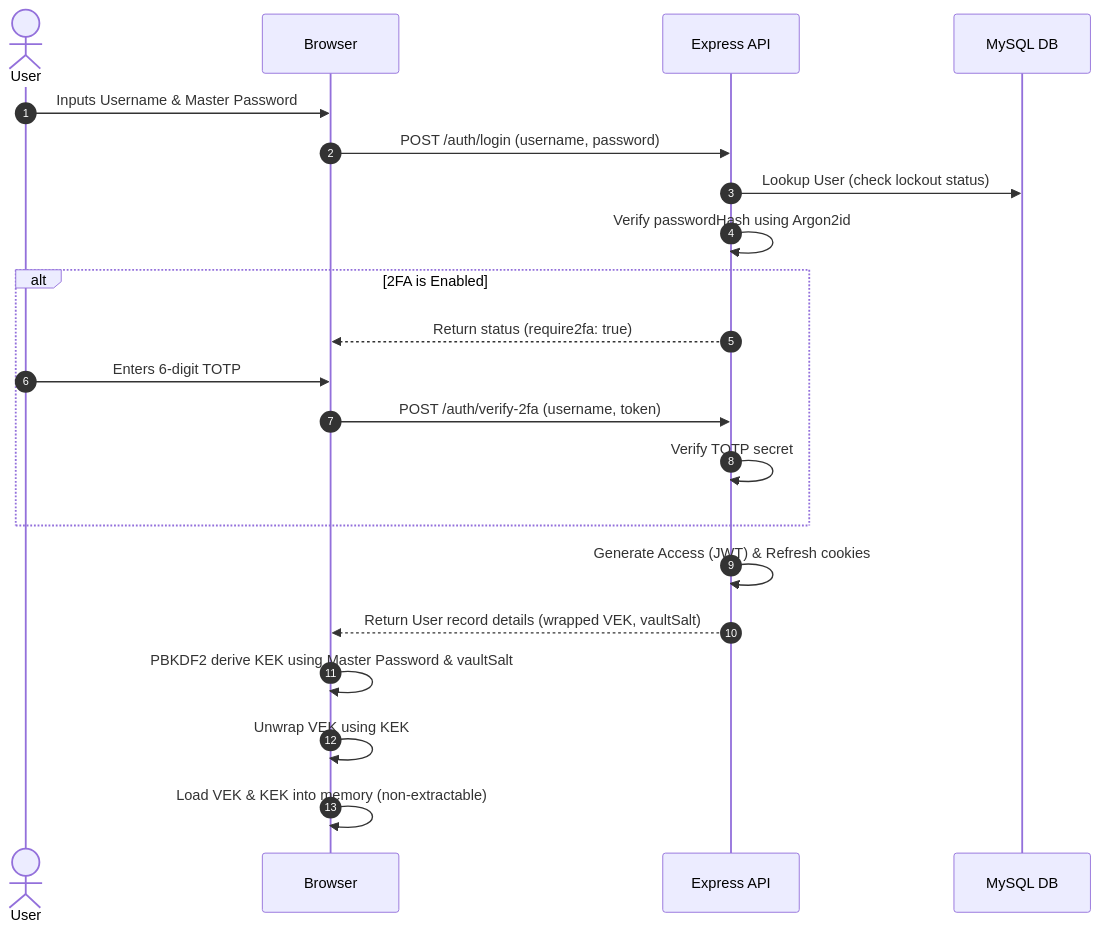
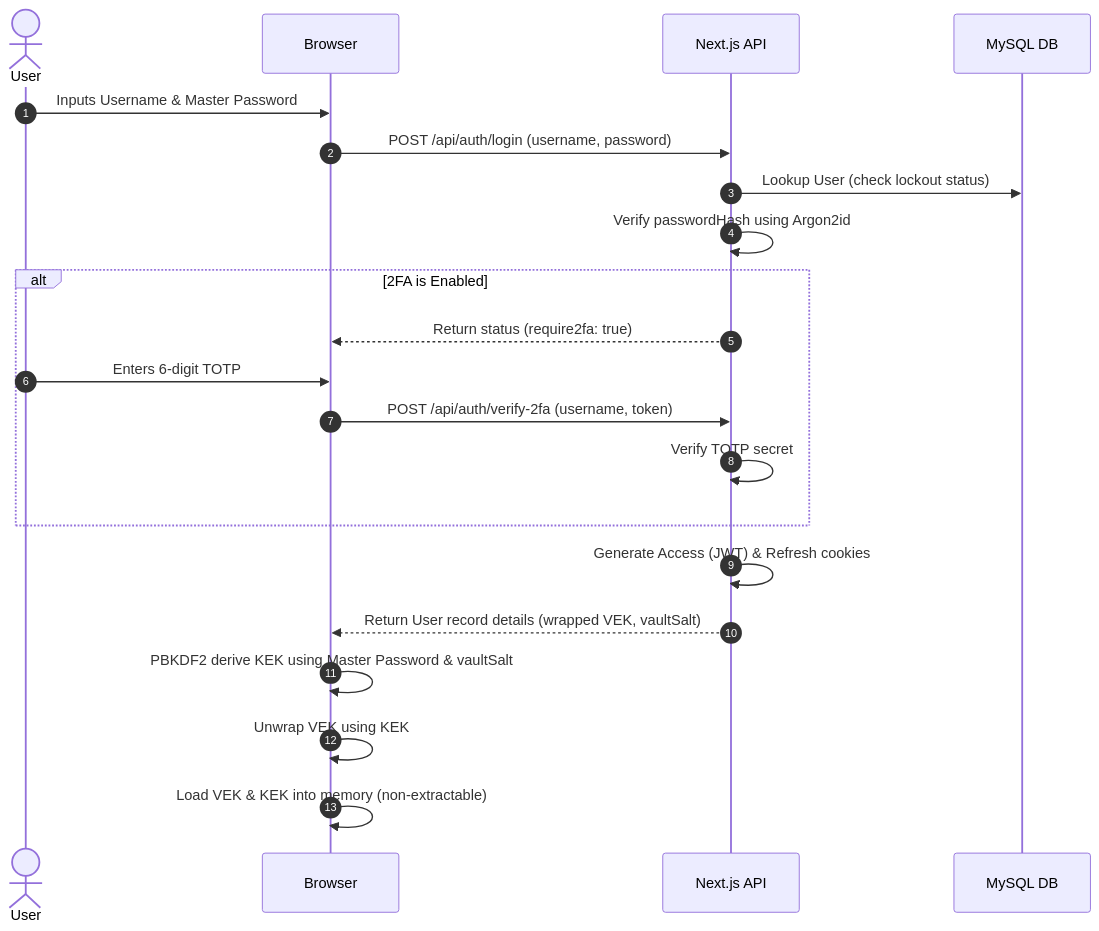
Before and after one commit to Ad1tya244/ZK-Password-Manager: the second of 4 diagrams in ZK password manager.md, drawn with Mermaid. The commit also changed other lines of this file, not shown here.

````diff
--- a/ZK password manager.md
+++ b/ZK password manager.md
@@ -173,24 +172,24 @@
 ```mermaid
 sequenceDiagram
     autonumber
     actor User
     participant Browser
-    participant API as Express API
+    participant API as Next.js API
     participant DB as MySQL DB
 
     User->>Browser: Inputs Username & Master Password
-    Browser->>API: POST /auth/login (username, password)
+    Browser->>API: POST /api/auth/login (username, password)
     API->>DB: Lookup User (check lockout status)
     API->>API: Verify passwordHash using Argon2id
     alt 2FA is Enabled
         API-->>Browser: Return status (require2fa: true)
         User->>Browser: Enters 6-digit TOTP
-        Browser->>API: POST /auth/verify-2fa (username, token)
+        Browser->>API: POST /api/auth/verify-2fa (username, token)
         API->>API: Verify TOTP secret
     end
     API->>API: Generate Access (JWT) & Refresh cookies
     API-->>Browser: Return User record details (wrapped VEK, vaultSalt)
     Browser->>Browser: PBKDF2 derive KEK using Master Password & vaultSalt
     Browser->>Browser: Unwrap VEK using KEK
     Browser->>Browser: Load VEK & KEK into memory (non-extractable)
 ```
````
